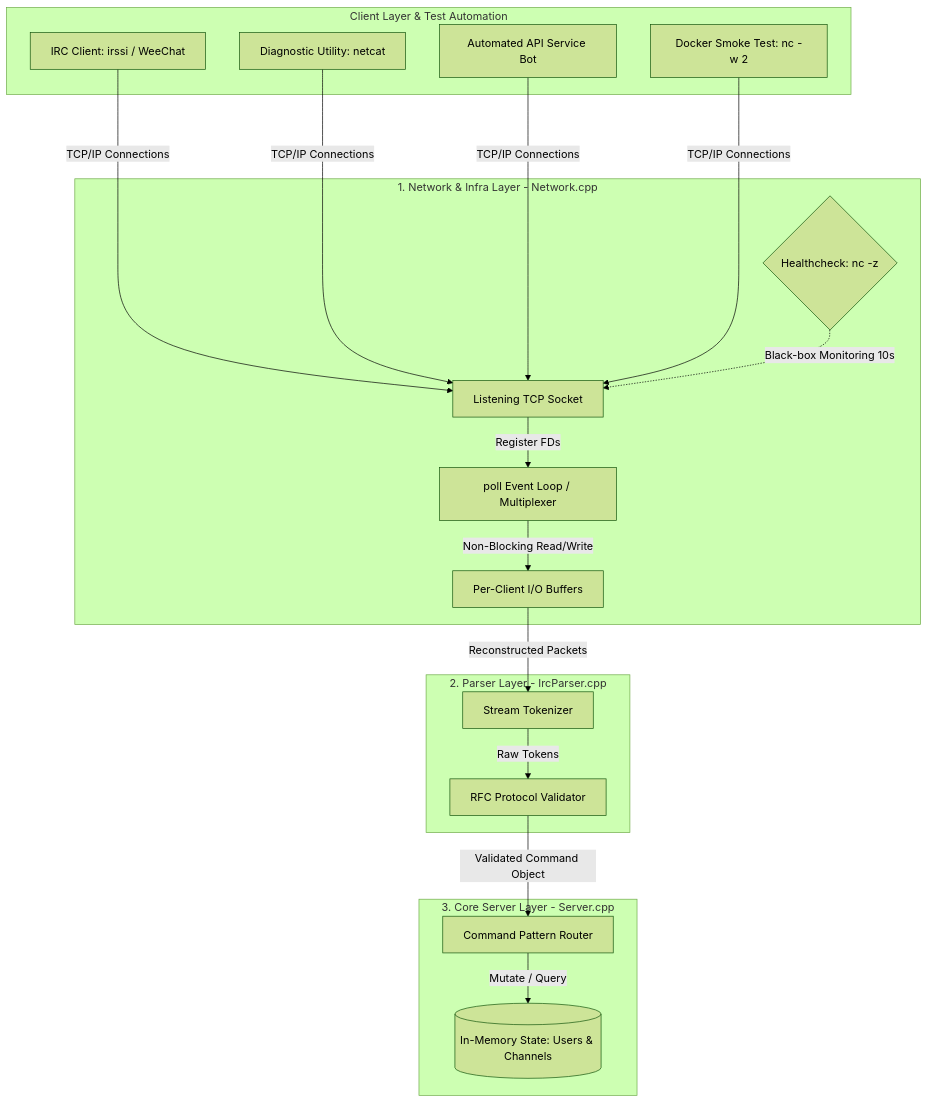
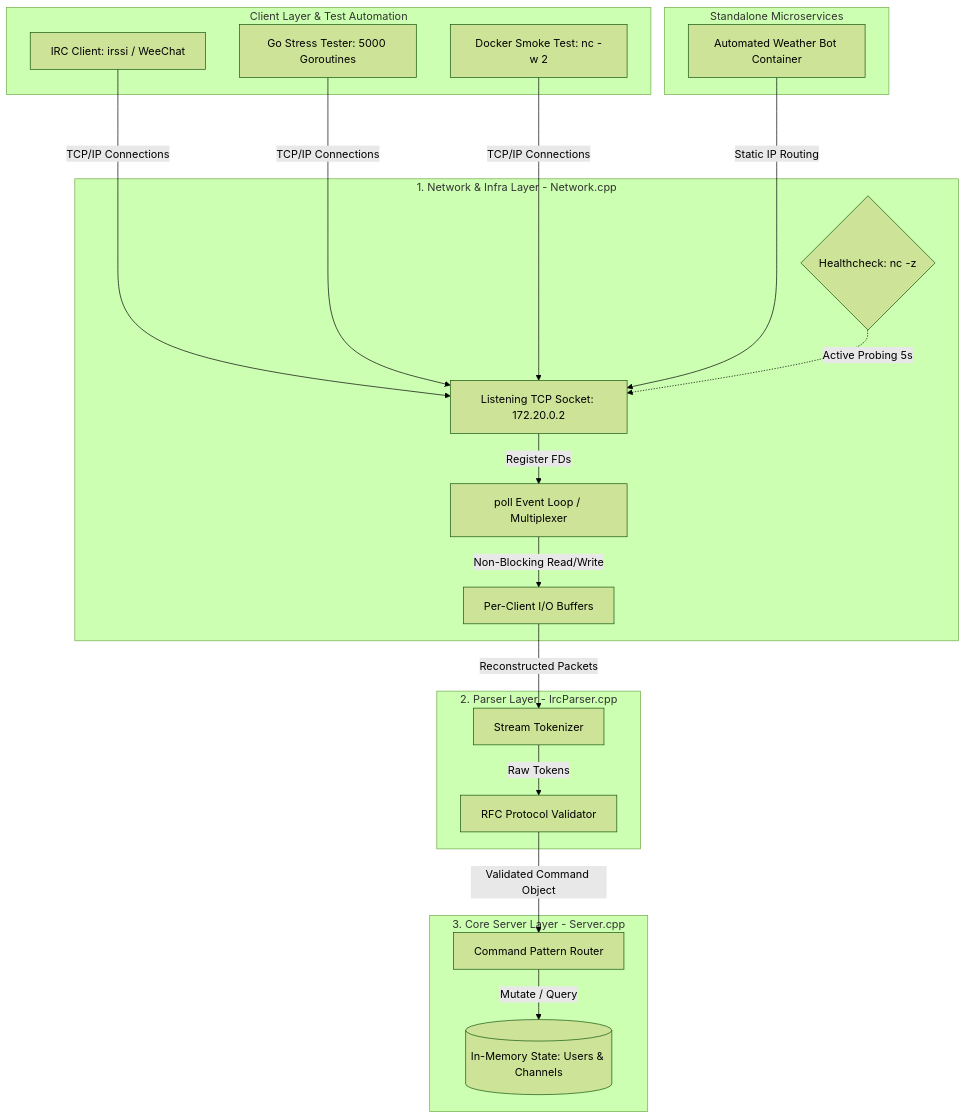
Before and after one commit to danoguer/ft_irc: the diagram in README.md, drawn with Mermaid (forest theme). The commit also changed other lines of this file, not shown here.

````diff
--- a/README.md
+++ b/README.md
@@ -13,40 +16,45 @@
 ```mermaid
 graph TD
     %% Clients Layer
     subgraph Clients [Client Layer & Test Automation]
         C1[IRC Client: irssi / WeeChat]
-        C2[Diagnostic Utility: netcat]
-        Bot[Automated API Service Bot]
+        GoTest[Go Stress Tester: 5000 Goroutines]
         ST[Docker Smoke Test: nc -w 2]
+    end
+
+    %% Isolated Microservices
+    subgraph Microservices [Standalone Microservices]
+        Bot[Automated Weather Bot Container]
     end
 
     %% Network Infrastructure
     subgraph Network [1. Network & Infra Layer - Network.cpp]
-        Socket[Listening TCP Socket]
+        Socket[Listening TCP Socket: 172.20.0.2]
         Poll[poll Event Loop / Multiplexer]
         Buffers[Per-Client I/O Buffers]
         HC{Healthcheck: nc -z}
     end
 
     %% Parsing Layer
     subgraph Parser [2. Parser Layer - IrcParser.cpp]
         Tokenizer[Stream Tokenizer \n]
         Sanitizer[RFC Protocol Validator]
     end
 
     %% Core Logic Layer
     subgraph Core [3. Core Server Layer - Server.cpp]
         Dispatcher[Command Pattern Router]
         State[(In-Memory State: Users & Channels)]
     end
 
     %% Data Flow Connections
-    C1 & C2 & Bot & ST ---->|TCP/IP Connections| Socket
-    HC -.->|Black-box Monitoring 10s| Socket
+    C1 & GoTest & ST ---->|TCP/IP Connections| Socket
+    Bot ---->|Static IP Routing| Socket
+    HC -.->|Active Probing 5s| Socket
     Socket -->|Register FDs| Poll
     Poll -->|Non-Blocking Read/Write| Buffers
     Buffers -->|Reconstructed Packets| Tokenizer
     Tokenizer -->|Raw Tokens| Sanitizer
     Sanitizer -->|Validated Command Object| Dispatcher
     Dispatcher -->|Mutate / Query| State
 ```
````
